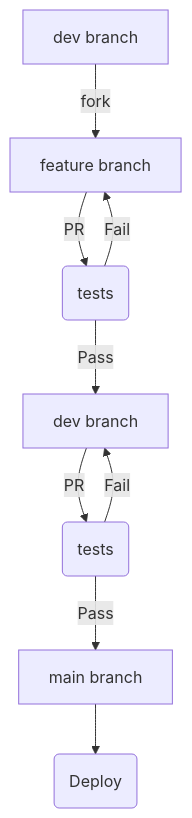
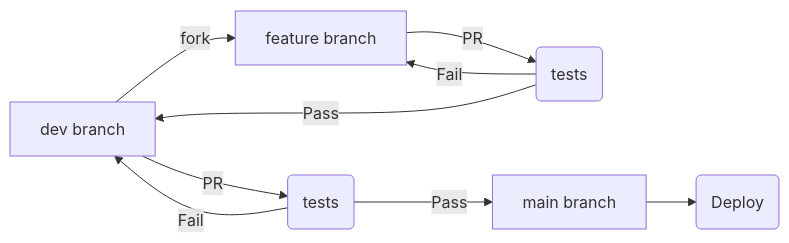
Before and after one commit to SaitoTech/wiki: the diagram in tech/building_apps/dev_workflow.md, drawn with Mermaid. The commit also changed other lines of this file, not shown here.

Commit message:
docs: update tech/building_apps/dev_workflow

````diff
--- a/tech/building_apps/dev_workflow.md
+++ b/tech/building_apps/dev_workflow.md
@@ -15,11 +15,11 @@
 ```mermaid
-graph TD;
-   X[dev branch] -- fork --> B[feature branch];
+flowchart LR;
+   A[dev branch] -- fork --> B[feature branch];
    B -- PR --> C(tests);
    C -- Fail --> B;
    C -- Pass --> A;
    A[dev branch] -- PR --> D(tests);
    D -- Pass --> E[main branch];
    D -- Fail --> A;
    E --> F(Deploy)
 ```
````
